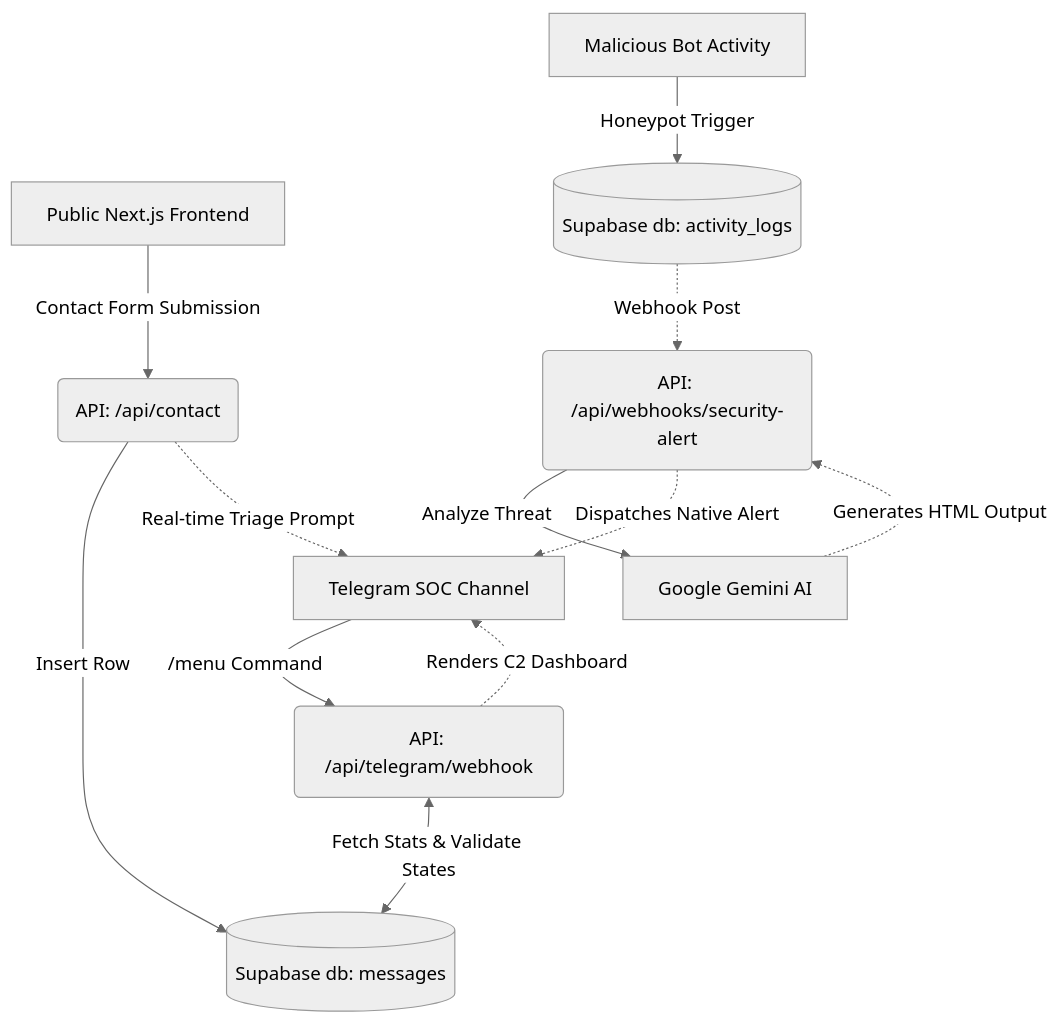
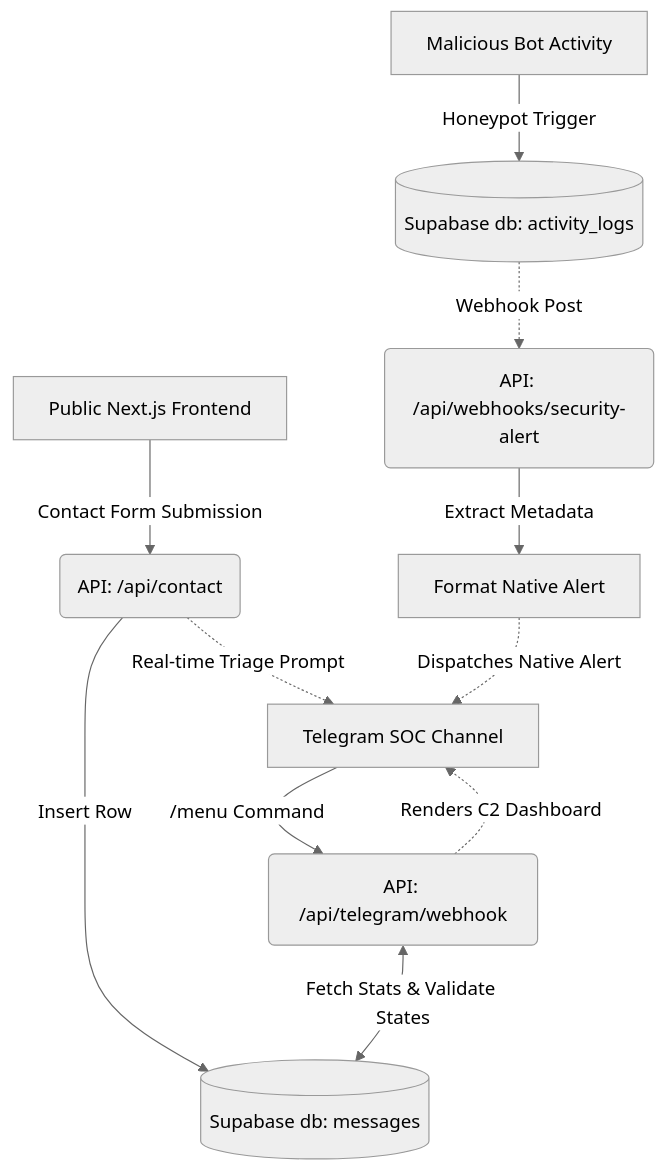
One commit to Alfareza-dev/alfareza.site changed the diagram in README.md. Above: the diagram before and after it, drawn with Mermaid (neutral theme). The commit also changed other lines of this file, not shown here.

Commit message:
docs: align README with ultra-fast zero-latency architecture and remove AI dependencies

`````diff
--- a/README.md
+++ b/README.md
@@ -49,16 +49,15 @@
 ```mermaid
 graph TD
     A[Public Next.js Frontend] -->|Contact Form Submission| B(API: /api/contact)
     B -->|Insert Row| C[(Supabase db: messages)]
     B -.->|Real-time Triage Prompt| D[Telegram SOC Channel]
     
     E[Malicious Bot Activity] -->|Honeypot Trigger| F[(Supabase db: activity_logs)]
     F -.->|Webhook Post| G(API: /api/webhooks/security-alert)
-    G -->|Analyze Threat| H[Google Gemini AI]
-    H -.->|Generates HTML Output| G
-    G -.->|Dispatches Native Alert| D
+    G -->|Extract Metadata| J[Format Native Alert]
+    J -.->|Dispatches Native Alert| D
     
     D -->|/menu Command| I(API: /api/telegram/webhook)
     I <-->|Fetch Stats & Validate States| C
     I -.->|Renders C2 Dashboard| D
-```
+````
`````
